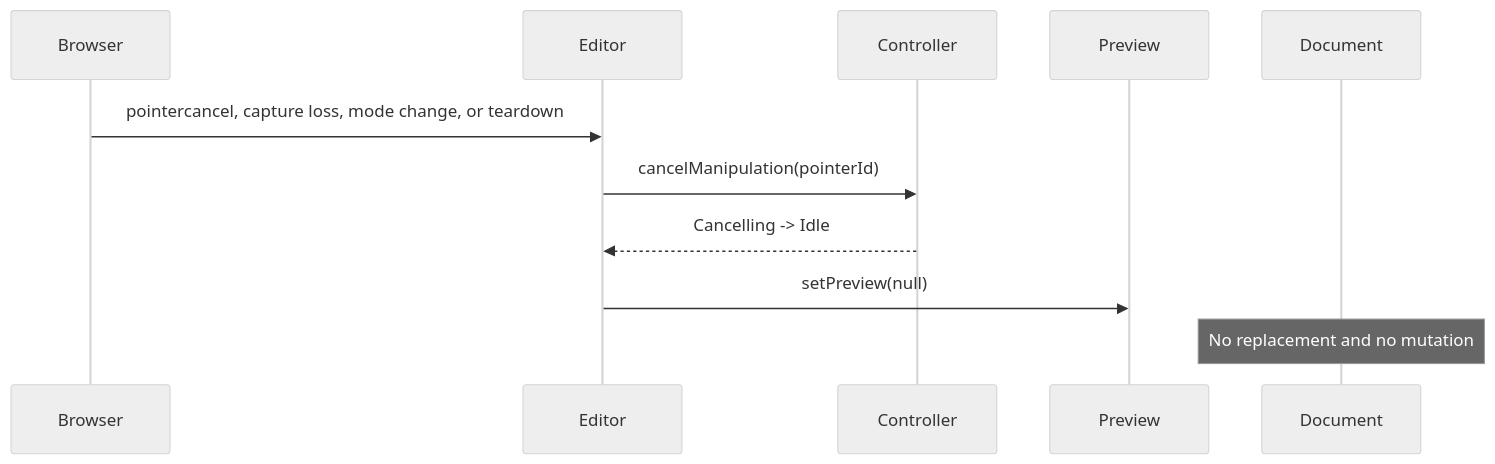
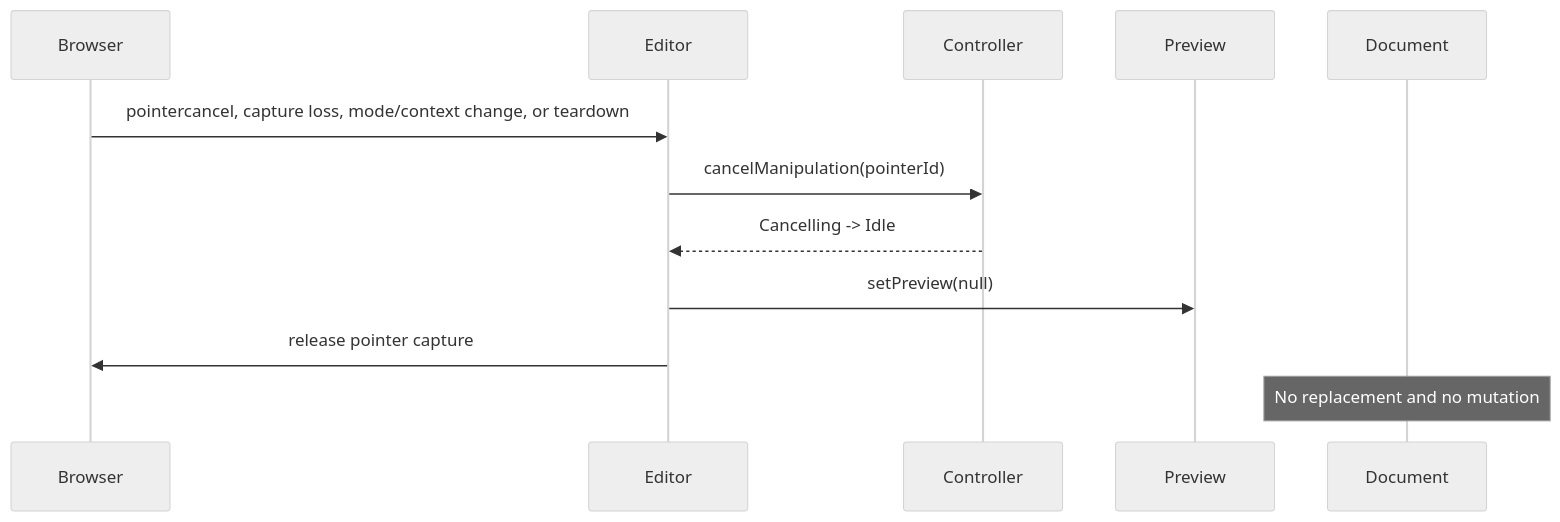
One commit to ritikpandey1981/digital-notes changed the eighth of 8 diagrams in docs/architecture/PHASE10_MANIPULATION_ARCHITECTURE.md. Above: the diagram before and after it, drawn with Mermaid (neutral theme). The commit also changed other lines of this file and 9 other files, not shown here.

````diff
--- a/docs/architecture/PHASE10_MANIPULATION_ARCHITECTURE.md
+++ b/docs/architecture/PHASE10_MANIPULATION_ARCHITECTURE.md
@@ -226,14 +226,15 @@
 ```mermaid
 sequenceDiagram
     participant Browser
     participant Editor
     participant Controller
     participant Preview
     participant Document
 
-    Browser->>Editor: pointercancel, capture loss, mode change, or teardown
+    Browser->>Editor: pointercancel, capture loss, mode/context change, or teardown
     Editor->>Controller: cancelManipulation(pointerId)
     Controller-->>Editor: Cancelling -> Idle
     Editor->>Preview: setPreview(null)
+    Editor->>Browser: release pointer capture
     Note over Document: No replacement and no mutation
 ```
````
